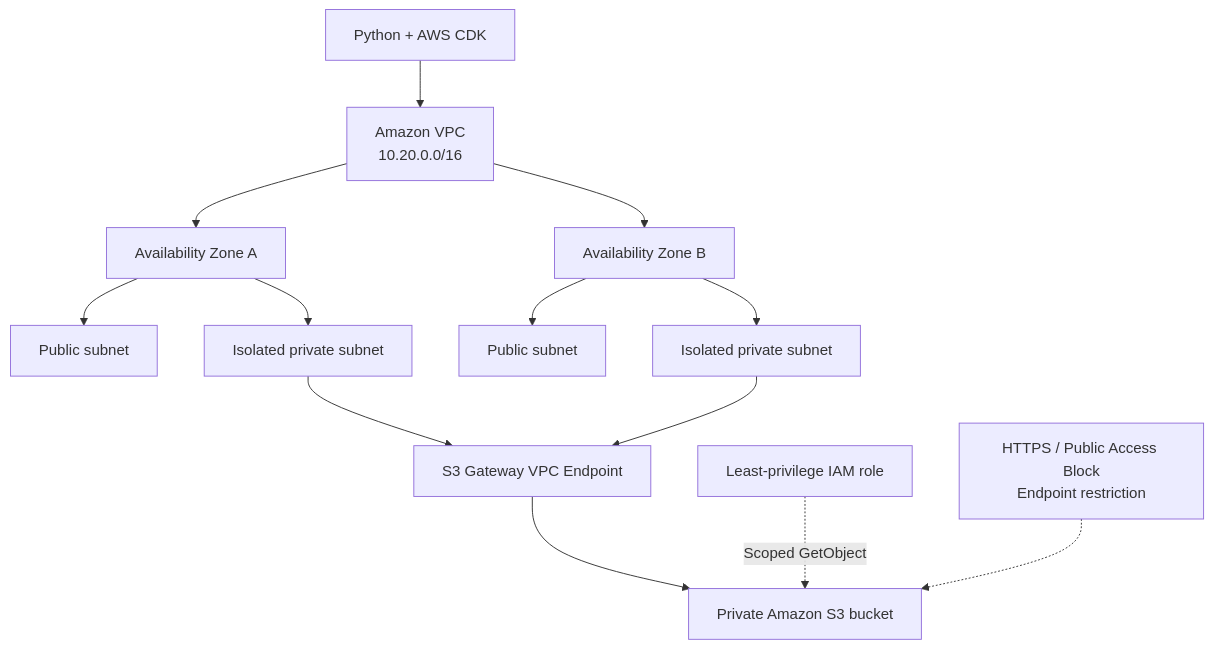
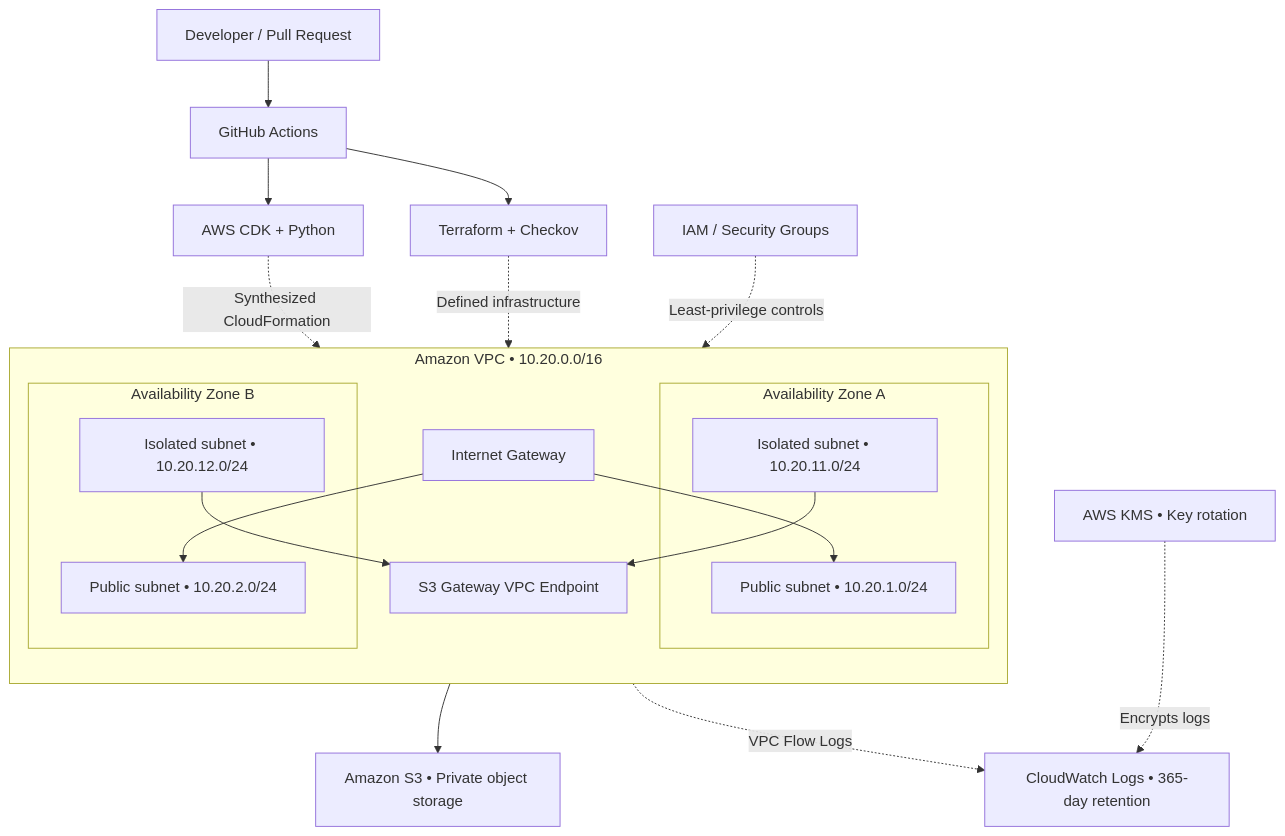
The diagram in README.md (Gabriel-F4l/SecureCorp-AWS.), drawn with Mermaid before and after one commit. The commit also changed other lines of this file, not shown here.

Commit message:
docs: redesign SecureCorp AWS portfolio README (#7)

````diff
--- a/README.md
+++ b/README.md
@@ -28,15 +34,30 @@
 ```mermaid
 flowchart TB
-    CDK["Python + AWS CDK"] --> VPC["Amazon VPC<br/>10.20.0.0/16"]
-    VPC --> AZ1["Availability Zone A"]
-    VPC --> AZ2["Availability Zone B"]
-    AZ1 --> PUB1["Public subnet"]
-    AZ1 --> PRIV1["Isolated private subnet"]
-    AZ2 --> PUB2["Public subnet"]
-    AZ2 --> PRIV2["Isolated private subnet"]
-    PRIV1 --> EP["S3 Gateway VPC Endpoint"]
-    PRIV2 --> EP
-    EP --> S3["Private Amazon S3 bucket"]
-    IAM["Least-privilege IAM role"] -. "Scoped GetObject" .-> S3
-    POLICY["HTTPS / Public Access Block<br/>Endpoint restriction"] -.-> S3
+  DEV["Developer / Pull Request"] --> CI["GitHub Actions"]
+  CI --> CDK["AWS CDK + Python"]
+  CI --> TF["Terraform + Checkov"]
+  CDK -. "Synthesized CloudFormation" .-> VPC
+  TF -. "Defined infrastructure" .-> VPC
+
+  subgraph VPC["Amazon VPC • 10.20.0.0/16"]
+    direction TB
+    IGW["Internet Gateway"]
+    subgraph AZA["Availability Zone A"]
+      PA["Public subnet • 10.20.1.0/24"]
+      IA["Isolated subnet • 10.20.11.0/24"]
+    end
+    subgraph AZB["Availability Zone B"]
+      PB["Public subnet • 10.20.2.0/24"]
+      IB["Isolated subnet • 10.20.12.0/24"]
+    end
+    IGW --> PA
+    IGW --> PB
+    IA --> EP["S3 Gateway VPC Endpoint"]
+    IB --> EP
+  end
+
+  EP --> S3["Amazon S3 • Private object storage"]
+  VPC -. "VPC Flow Logs" .-> CW["CloudWatch Logs • 365-day retention"]
+  KMS["AWS KMS • Key rotation"] -. "Encrypts logs" .-> CW
+  IAM["IAM / Security Groups"] -. "Least-privilege controls" .-> VPC
 ```
````
